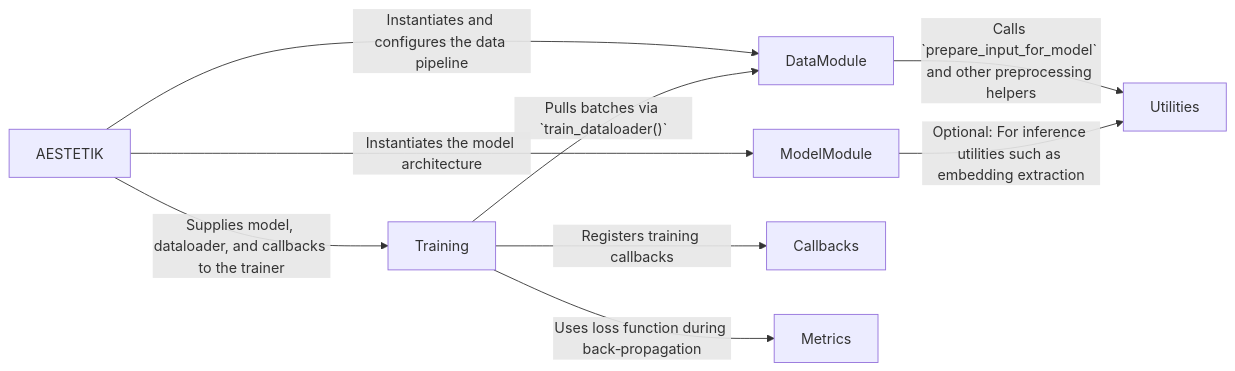
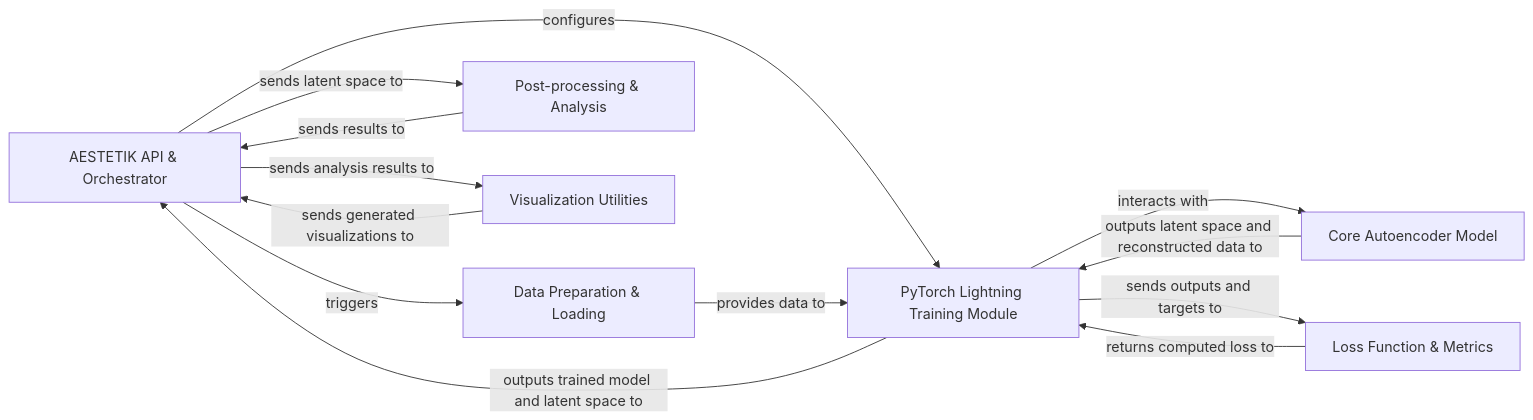
The diagram in aestetik/on_boarding.md (CodeBoarding/GeneratedOnBoardings), drawn with Mermaid before and after one commit. The commit also changed other lines of this file, not shown here.

Commit message:
Uploading onboarding materials for aestetik

````diff
--- a/aestetik/on_boarding.md
+++ b/aestetik/on_boarding.md
@@ -1,16 +1,22 @@
 ```mermaid
 graph LR
-    AESTETIK["AESTETIK"]
-    DataModule["DataModule"]
-    ModelModule["ModelModule"]
-    Training["Training"]
-    Utilities["Utilities"]
-    AESTETIK -- "Instantiates and configures the data pipeline" --> DataModule
-    AESTETIK -- "Instantiates the model architecture" --> ModelModule
-    AESTETIK -- "Supplies model, dataloader, and callbacks to the trainer" --> Training
-    DataModule -- "Calls `prepare_input_for_model` and other preprocessing helpers" --> Utilities
-    Training -- "Registers training callbacks" --> Callbacks
-    Training -- "Uses loss function during back‑propagation" --> Metrics
-    Training -- "Pulls batches via `train_dataloader()`" --> DataModule
-    ModelModule -- "Optional: For inference utilities such as embedding extraction" --> Utilities
+    AESTETIK_API_Orchestrator["AESTETIK API & Orchestrator"]
+    Data_Preparation_Loading["Data Preparation & Loading"]
+    Core_Autoencoder_Model["Core Autoencoder Model"]
+    PyTorch_Lightning_Training_Module["PyTorch Lightning Training Module"]
+    Loss_Function_Metrics["Loss Function & Metrics"]
+    Post_processing_Analysis["Post-processing & Analysis"]
+    Visualization_Utilities["Visualization Utilities"]
+    AESTETIK_API_Orchestrator -- "triggers" --> Data_Preparation_Loading
+    AESTETIK_API_Orchestrator -- "configures" --> PyTorch_Lightning_Training_Module
+    Data_Preparation_Loading -- "provides data to" --> PyTorch_Lightning_Training_Module
+    PyTorch_Lightning_Training_Module -- "interacts with" --> Core_Autoencoder_Model
+    PyTorch_Lightning_Training_Module -- "sends outputs and targets to" --> Loss_Function_Metrics
+    Loss_Function_Metrics -- "returns computed loss to" --> PyTorch_Lightning_Training_Module
+    Core_Autoencoder_Model -- "outputs latent space and reconstructed data to" --> PyTorch_Lightning_Training_Module
+    PyTorch_Lightning_Training_Module -- "outputs trained model and latent space to" --> AESTETIK_API_Orchestrator
+    AESTETIK_API_Orchestrator -- "sends latent space to" --> Post_processing_Analysis
+    Post_processing_Analysis -- "sends results to" --> AESTETIK_API_Orchestrator
+    AESTETIK_API_Orchestrator -- "sends analysis results to" --> Visualization_Utilities
+    Visualization_Utilities -- "sends generated visualizations to" --> AESTETIK_API_Orchestrator
 ```
````
